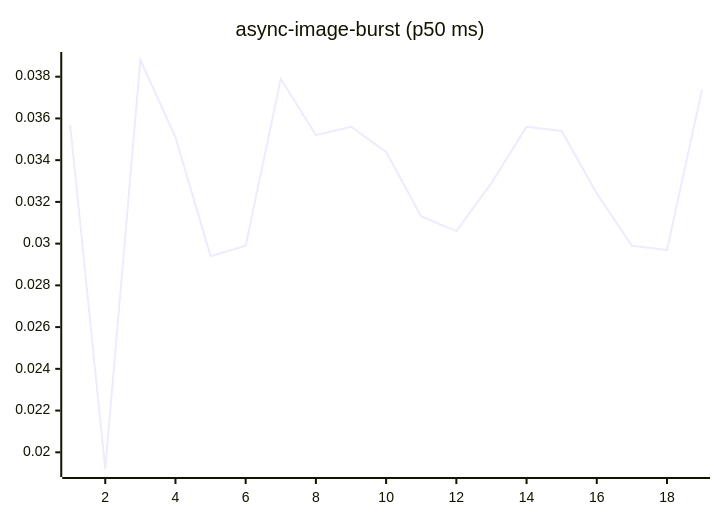
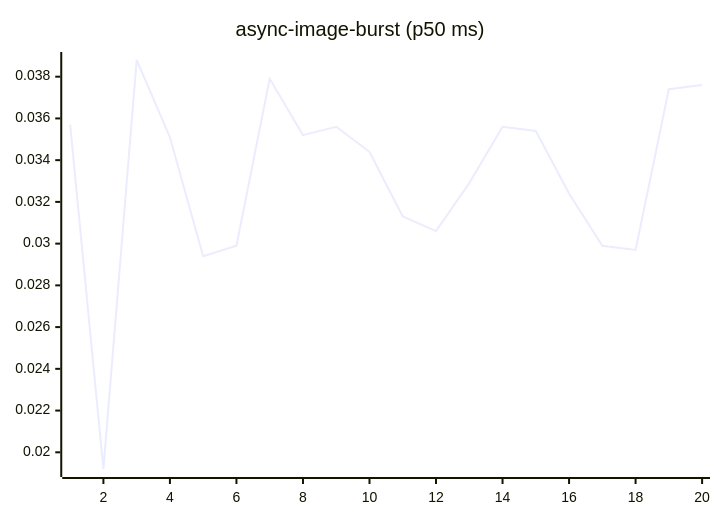
One commit to josha/Facet changed the fourth of 27 diagrams in README.md. Above: the diagram before and after it, drawn with Mermaid. The commit also changed other lines of this file and 2 other files, not shown here.

````diff
--- a/README.md
+++ b/README.md
@@ -84,6 +84,6 @@
 ```mermaid
 xychart-beta
     title "async-image-burst (p50 ms)"
-    x-axis 1 --> 19
-    line [0.0357, 0.0192, 0.0388, 0.0351, 0.0294, 0.0299, 0.0379, 0.0352, 0.0356, 0.0344, 0.0313, 0.0306, 0.0329, 0.0356, 0.0354, 0.0324, 0.0299, 0.0297, 0.0374]
+    x-axis 1 --> 20
+    line [0.0357, 0.0192, 0.0388, 0.0351, 0.0294, 0.0299, 0.0379, 0.0352, 0.0356, 0.0344, 0.0313, 0.0306, 0.0329, 0.0356, 0.0354, 0.0324, 0.0299, 0.0297, 0.0374, 0.0376]
 ```
````
